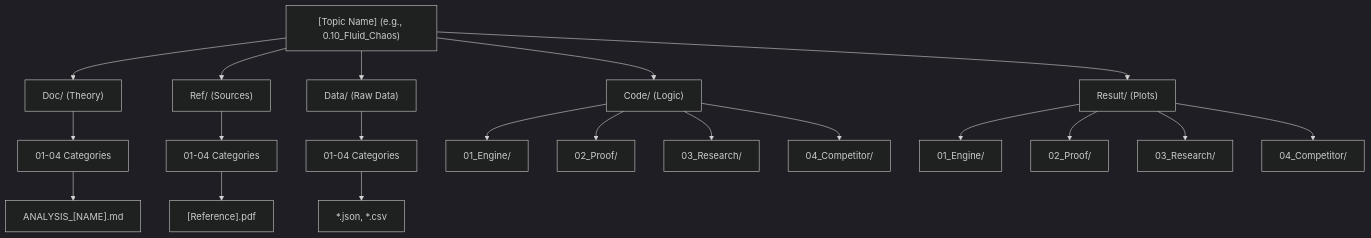
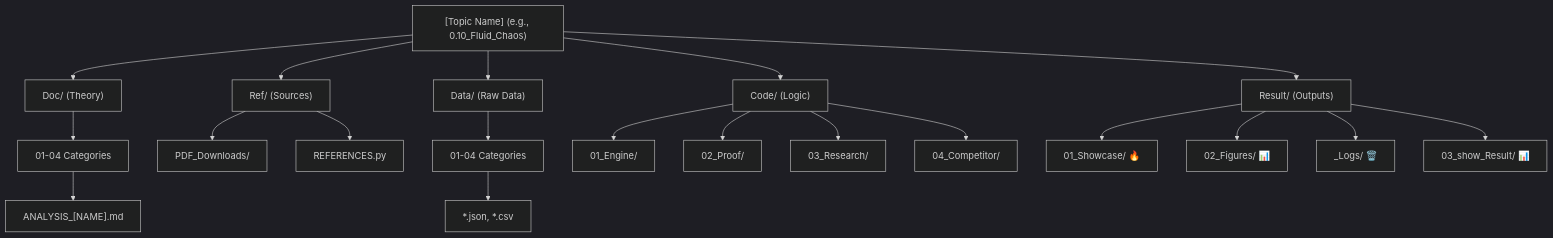
Before and after one commit to unityequilibrium/UnityEquilibriumTheory-Feli: the diagram in research_uet/topics/Work/how to topics5x4.md, drawn with Mermaid (dark theme). The commit also changed other lines of this file and 7213 other files, not shown here.

````diff
--- a/research_uet/topics/Work/how to topics5x4.md
+++ b/research_uet/topics/Work/how to topics5x4.md
@@ -17,28 +17,28 @@
 ```mermaid
 graph TD
     Topic["[Topic Name] (e.g., 0.10_Fluid_Chaos)"]
     
     Topic --> Doc["Doc/ (Theory)"]
     Doc --> D1["01-04 Categories"]
     D1 --> D_LN["ANALYSIS_[NAME].md"]
 
     Topic --> Ref["Ref/ (Sources)"]
-    Ref --> R1["01-04 Categories"]
-    R1 --> R_PDF["[Reference].pdf"]
+    Ref --> R_PDF["PDF_Downloads/"]
+    Ref --> R_Bib["REFERENCES.py"]
 
     Topic --> Data["Data/ (Raw Data)"]
     Data --> DA1["01-04 Categories"]
     DA1 --> DA_RAW["*.json, *.csv"]
     
     Topic --> Code["Code/ (Logic)"]
     Code --> C1["01_Engine/"]
     Code --> C2["02_Proof/"]
     Code --> C3["03_Research/"]
     Code --> C4["04_Competitor/"]
 
-    Topic --> Result["Result/ (Plots)"]
-    Result --> Res1["01_Engine/"]
-    Result --> Res2["02_Proof/"]
-    Result --> Res3["03_Research/"]
-    Result --> Res4["04_Competitor/"]
+    Topic --> Result["Result/ (Outputs)"]
+    Result --> Res1["01_Showcase/ 🔥"]
+    Result --> Res2["02_Figures/ 📊"]
+    Result --> Res3["_Logs/ 🗑️"]
+    Result --> Res4["03_show_Result/ 📊"]
 ```
````
